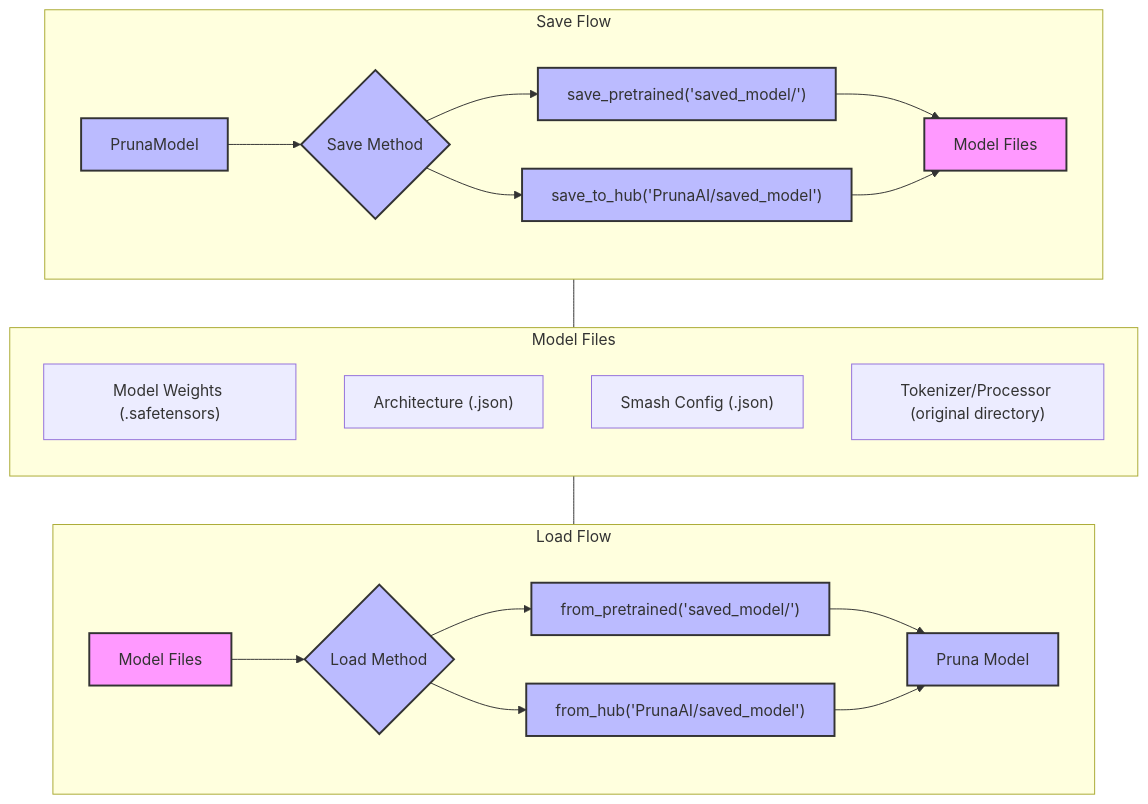
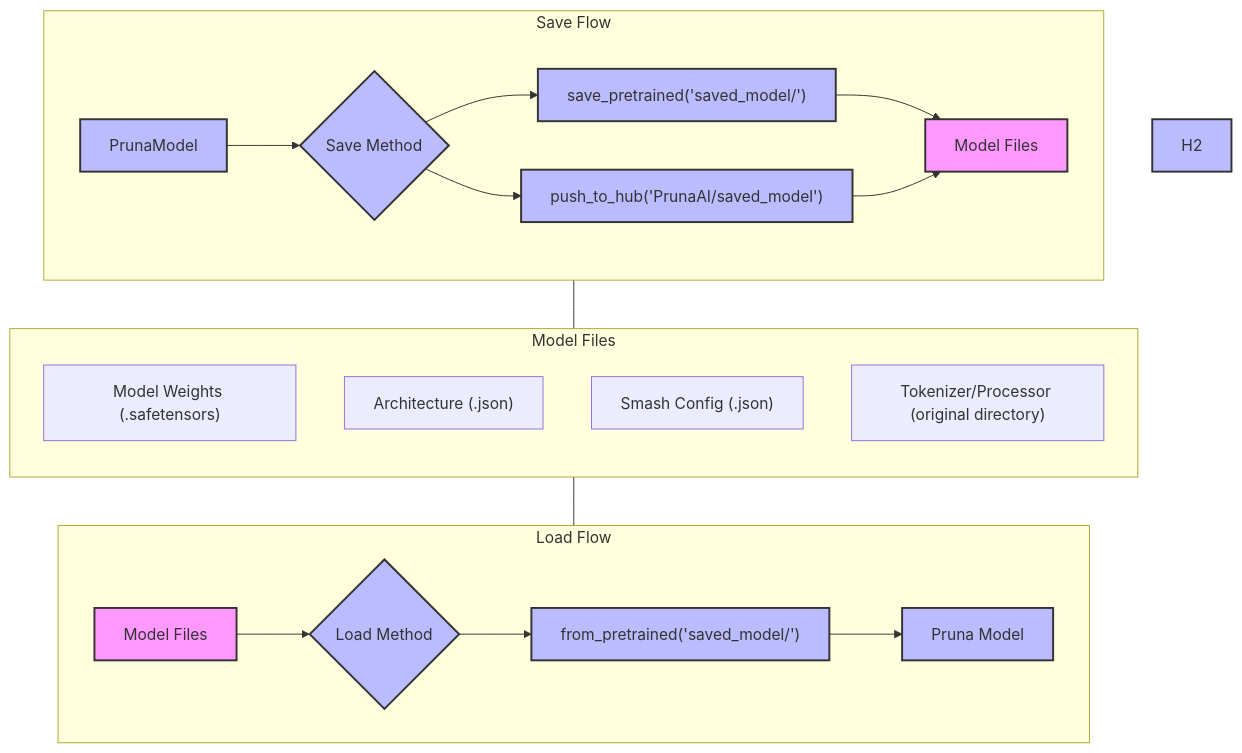
The diagram in docs/user_manual/save_load.rst (Supakornn/pruna), drawn with Mermaid before and after one commit. The commit also changed other lines of this file and 18 other files, not shown here.

```diff
--- a/docs/user_manual/save_load.rst
+++ b/docs/user_manual/save_load.rst
@@ -15,43 +15,41 @@
 .. mermaid::
     :align: center
 
     flowchart TB
         subgraph LoadFlow["Load Flow"]
             direction LR
             F["Model Files"] --> G{"Load Method"}
             G --> H1["from_pretrained('saved_model/')"]
-            G --> H2["from_hub('PrunaAI/saved_model')"]
             H1 --> I["Pruna Model"]
-            H2 --> I
         end
 
         subgraph Model["Model Files"]
             direction TB
             E1["Model Weights (.safetensors)"]
             E2["Architecture (.json)"]
             E3["Smash Config (.json)"]
             E4["Tokenizer/Processor (original directory)"]
         end
 
         subgraph SaveFlow["Save Flow"]
             direction LR
             A["PrunaModel"] --> B{"Save Method"}
             B --> C1["save_pretrained('saved_model/')"]
-            B --> C2["save_to_hub('PrunaAI/saved_model')"]
+            B --> C2["push_to_hub('PrunaAI/saved_model')"]
             C1 --> D["Model Files"]
             C2 --> D
         end
 
         SaveFlow --- Model
         Model --- LoadFlow
 
         style A fill:#bbf,stroke:#333,stroke-width:2px
         style F fill:#f9f,stroke:#333,stroke-width:2px
         style G fill:#bbf,stroke:#333,stroke-width:2px
         style H1 fill:#bbf,stroke:#333,stroke-width:2px
         style H2 fill:#bbf,stroke:#333,stroke-width:2px
         style I fill:#bbf,stroke:#333,stroke-width:2px
         style B fill:#bbf,stroke:#333,stroke-width:2px
         style C1 fill:#bbf,stroke:#333,stroke-width:2px
         style C2 fill:#bbf,stroke:#333,stroke-width:2px
         style D fill:#f9f,stroke:#333,stroke-width:2px
```
